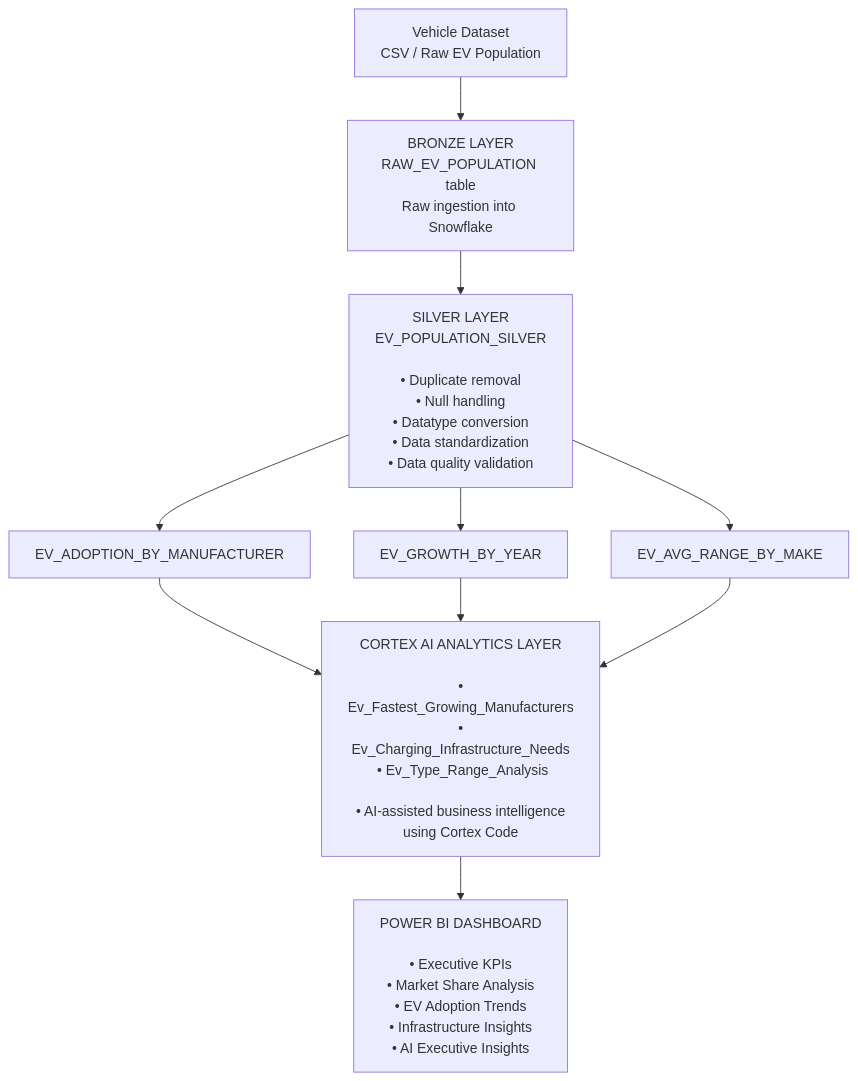
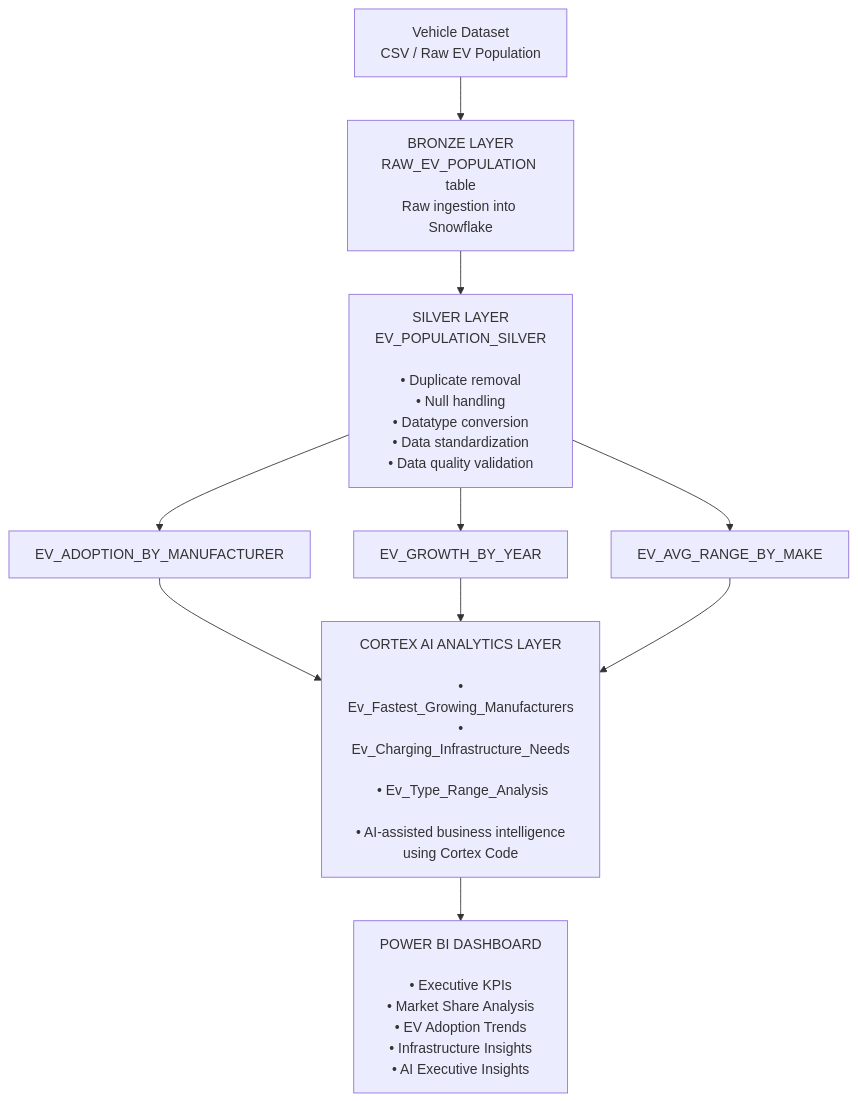
The diagram in README.md (praveenaluru2256/snowflake-cortex-ev-analytics-platform), drawn with Mermaid before and after one commit.

````diff
--- a/README.md
+++ b/README.md
@@ -47,20 +47,20 @@
 ```mermaid
 flowchart TD
 
 A[Vehicle Dataset<br>CSV / Raw EV Population]
 
 A --> B[BRONZE LAYER<br>RAW_EV_POPULATION table<br>Raw ingestion into Snowflake]
 
 B --> C[SILVER LAYER<br>EV_POPULATION_SILVER<br><br>• Duplicate removal<br>• Null handling<br>• Datatype conversion<br>• Data standardization<br>• Data quality validation]
 
 C --> D1[EV_ADOPTION_BY_MANUFACTURER]
 C --> D2[EV_GROWTH_BY_YEAR]
 C --> D3[EV_AVG_RANGE_BY_MAKE]
 
-D1 --> E[CORTEX AI ANALYTICS LAYER<br><br> • Ev_Fastest_Growing_Manufacturers<br> • Ev_Charging_Infrastructure_Needs<br> • Ev_Type_Range_Analysis<br><br> • AI-assisted business intelligence using Cortex Code]
+D1 --> E[CORTEX AI ANALYTICS LAYER<br><br> • Ev_Fastest_Growing_Manufacturers<br> • Ev_Charging_Infrastructure_Needs<br><br> • Ev_Type_Range_Analysis<br><br> • AI-assisted business intelligence using Cortex Code]
 
 D2 --> E
 D3 --> E
 
 E --> F[POWER BI DASHBOARD<br><br>• Executive KPIs<br>• Market Share Analysis<br>• EV Adoption Trends<br>• Infrastructure Insights<br>• AI Executive Insights]
 ```
````
